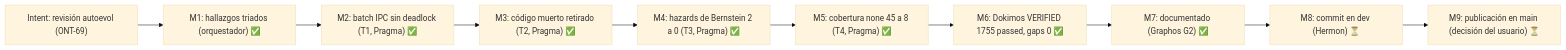
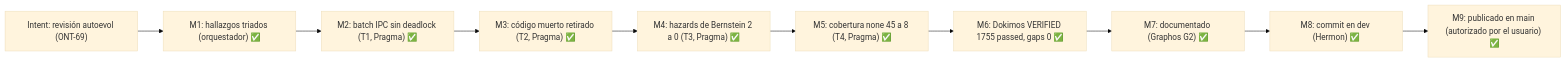
Diagram 17 of 45 in README.md (ancrz/agent-execution-plane), drawn with Mermaid (base theme) before and after one commit. The commit also changed other lines of this file and 5 other files, not shown here.

First line of the commit message:
docs(ONT-69): record the publication to dev and main and the post-publish checks

````diff
--- a/README.md
+++ b/README.md
@@ -1138,12 +1138,12 @@
 ```mermaid
 flowchart LR
     I69["Intent: revisión autoevol (ONT-69)"] --> M1["M1: hallazgos triados (orquestador) ✅"]
     M1 --> M2["M2: batch IPC sin deadlock (T1, Pragma) ✅"]
     M2 --> M3["M3: código muerto retirado (T2, Pragma) ✅"]
     M3 --> M4["M4: hazards de Bernstein 2 a 0 (T3, Pragma) ✅"]
     M4 --> M5["M5: cobertura none 45 a 8 (T4, Pragma) ✅"]
     M5 --> M6["M6: Dokimos VERIFIED 1755 passed, gaps 0 ✅"]
     M6 --> M7["M7: documentado (Graphos G2) ✅"]
-    M7 --> M8["M8: commit en dev (Hermon) ⏳"]
-    M8 --> M9["M9: publicación en main (decisión del usuario) ⏳"]
+    M7 --> M8["M8: commit en dev (Hermon) ✅"]
+    M8 --> M9["M9: publicado en main (autorizado por el usuario) ✅"]
 ```
````
